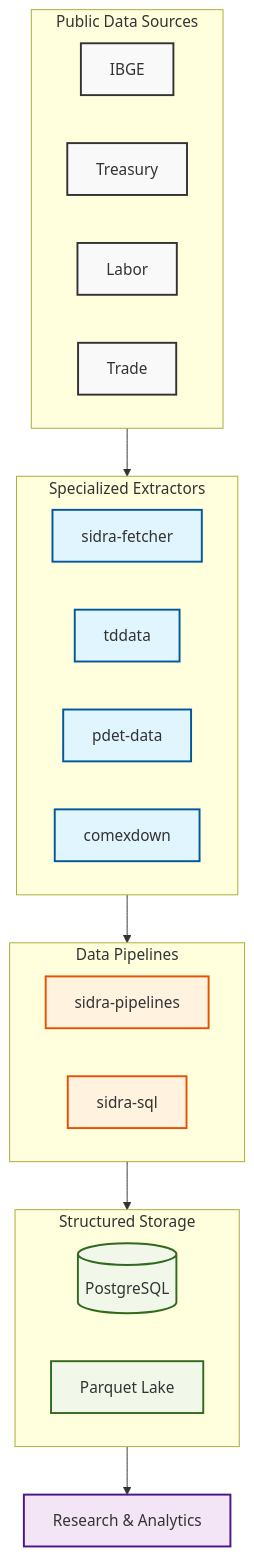
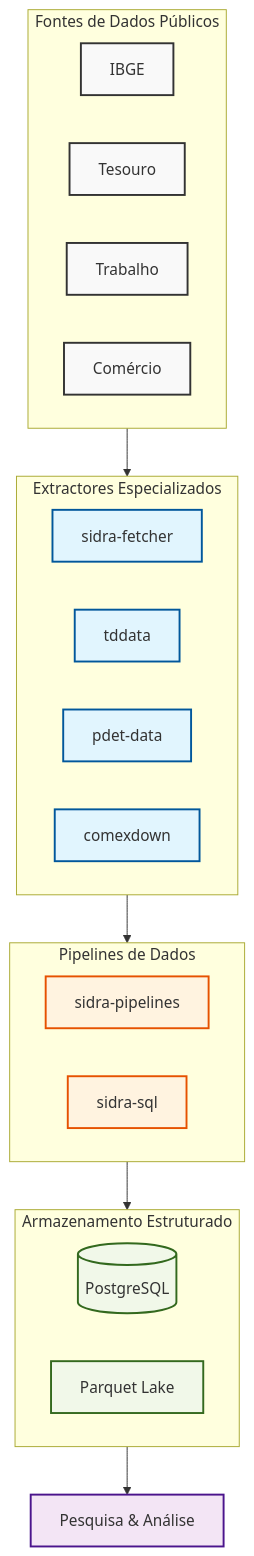
One commit to Quantilica/docs changed the diagram in docs/index.md. Above: the diagram before and after it, drawn with Mermaid. The commit also changed other lines of this file and 31 other files, not shown here.

````diff
--- a/docs/index.md
+++ b/docs/index.md
@@ -66,44 +71,44 @@
 ```mermaid
 graph TD
     %% Styling
     classDef source fill:#f9f9f9,stroke:#333,stroke-width:2px;
     classDef extractor fill:#e1f5fe,stroke:#01579b,stroke-width:2px;
     classDef pipeline fill:#fff3e0,stroke:#e65100,stroke-width:2px;
     classDef storage fill:#f1f8e9,stroke:#33691e,stroke-width:2px;
     classDef research fill:#f3e5f5,stroke:#4a148c,stroke-width:2px;
 
-    subgraph Sources [Public Data Sources]
+    subgraph Sources [Fontes de Dados Públicos]
         direction LR
         S1[IBGE]:::source
-        S2[Treasury]:::source
-        S3[Labor]:::source
-        S4[Trade]:::source
+        S2[Tesouro]:::source
+        S3[Trabalho]:::source
+        S4[Comércio]:::source
     end
 
-    subgraph Acquisition [Specialized Extractors]
+    subgraph Acquisition [Extractores Especializados]
         direction LR
         A1[sidra-fetcher]:::extractor
         A2[tddata]:::extractor
         A3[pdet-data]:::extractor
         A4[comexdown]:::extractor
     end
 
-    subgraph Processing [Data Pipelines]
+    subgraph Processing [Pipelines de Dados]
         P1[sidra-pipelines]:::pipeline
         P2[sidra-sql]:::pipeline
     end
 
-    subgraph Storage [Structured Storage]
+    subgraph Storage [Armazenamento Estruturado]
         direction LR
         ST1[(PostgreSQL)]:::storage
         ST2[Parquet Lake]:::storage
     end
 
-    R[Research & Analytics]:::research
+    R[Pesquisa & Análise]:::research
 
     %% Connections
     Sources --> Acquisition
     Acquisition --> Processing
     Processing --> Storage
     Storage --> R
 ```
````
